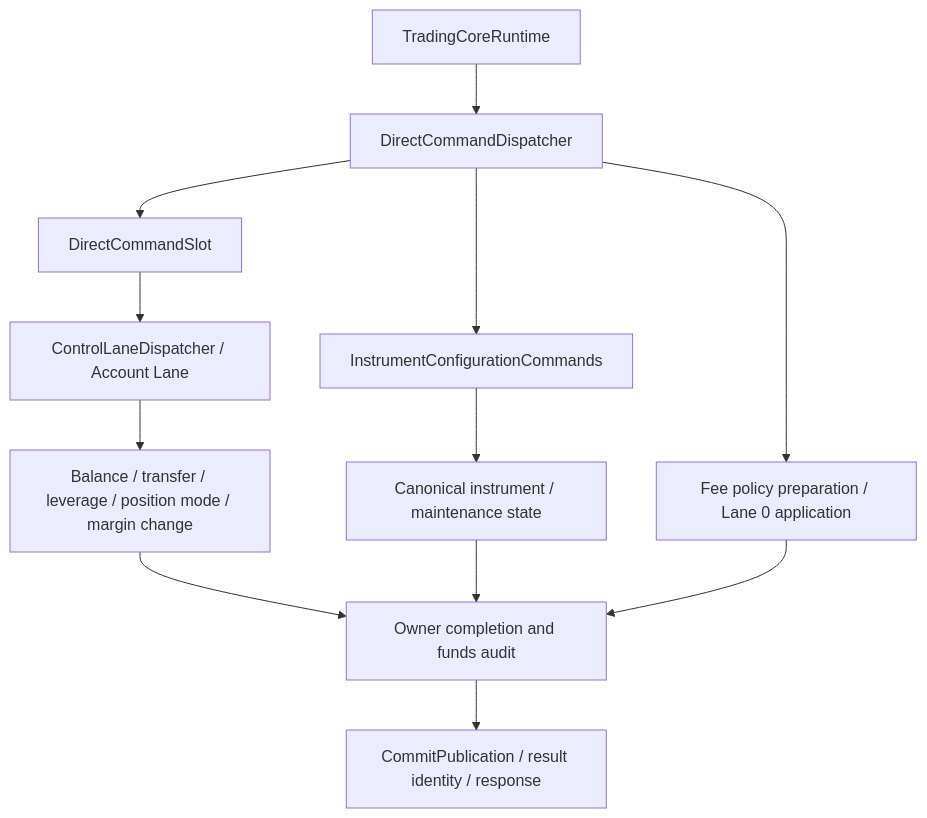
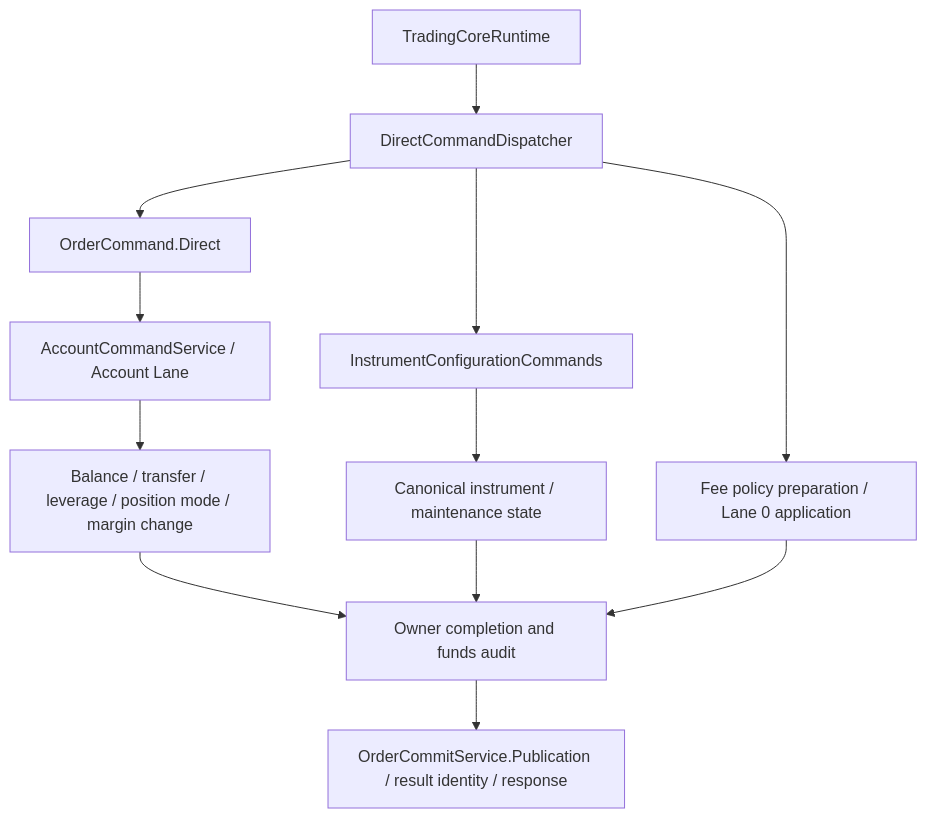
Diagram 14 of 15 in README.md (lilaizhencn/surprising-ex), drawn with Mermaid before and after one commit. The commit also changed other lines of this file and 14 other files, not shown here.

First line of the commit message:
docs(aeron): align architecture docs with the current order path

````diff
--- a/README.md
+++ b/README.md
@@ -329,14 +328,14 @@
 ```mermaid
 flowchart TB
     Runtime[TradingCoreRuntime] --> Dispatch[DirectCommandDispatcher]
-    Dispatch --> Control[DirectCommandSlot]
-    Control --> Lane[ControlLaneDispatcher / Account Lane]
+    Dispatch --> Control[OrderCommand.Direct]
+    Control --> Lane[AccountCommandService / Account Lane]
     Lane --> Account[Balance / transfer / leverage / position mode / margin change]
     Dispatch --> Instrument[InstrumentConfigurationCommands]
     Instrument --> Config[Canonical instrument / maintenance state]
     Dispatch --> Fee[Fee policy preparation / Lane 0 application]
     Account --> Commit[Owner completion and funds audit]
     Config --> Commit
     Fee --> Commit
-    Commit --> Publication[CommitPublication / result identity / response]
+    Commit --> Publication[OrderCommitService.Publication / result identity / response]
 ```
````
